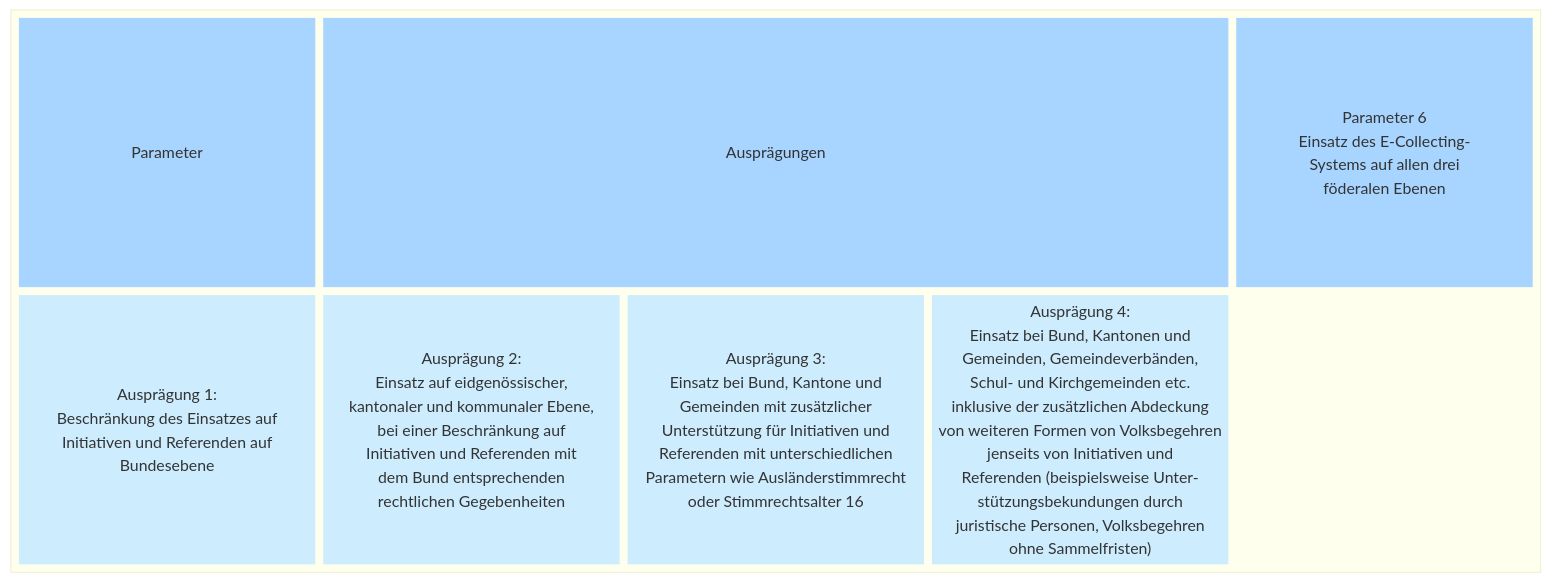
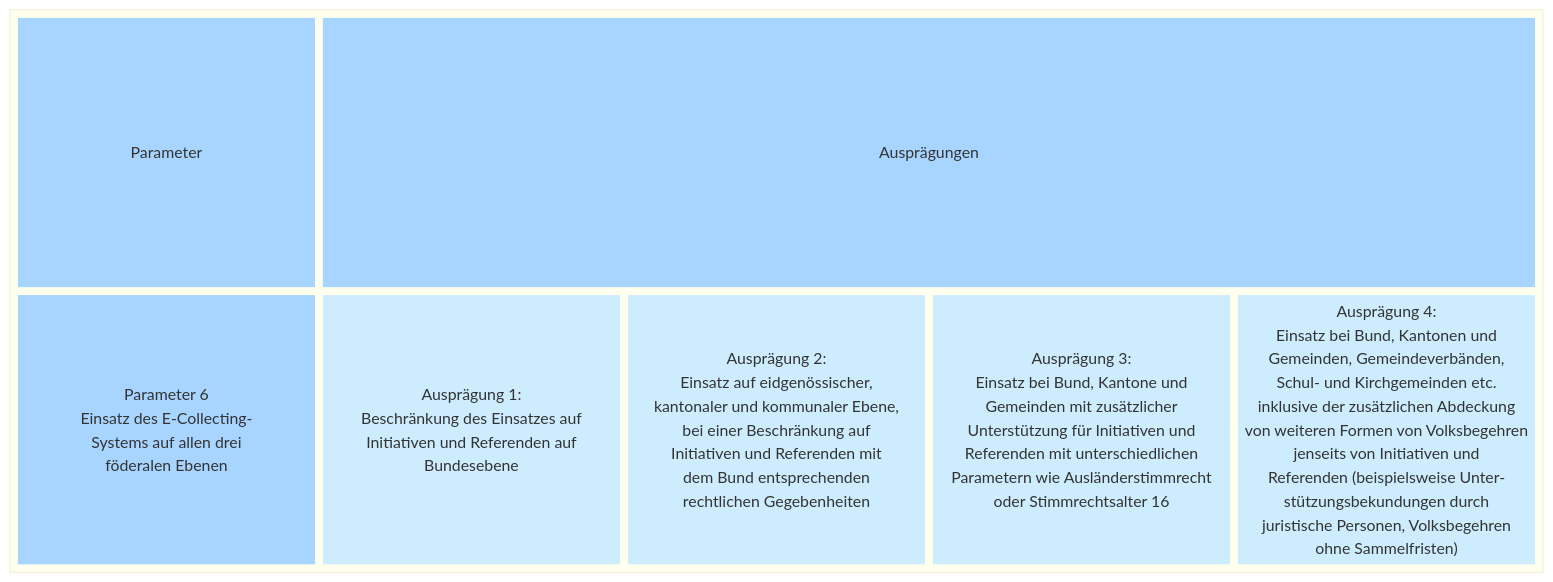
Before and after one commit to swiss/e-collecting: the diagram in docs/morphological-box/parameter-6.md, drawn with Mermaid.

Commit message:
docs: fix mermaid chart in parameter-6.md

````diff
--- a/docs/morphological-box/parameter-6.md
+++ b/docs/morphological-box/parameter-6.md
@@ -19,48 +19,48 @@
 ```mermaid
 block
   block
     columns 5
     t1["Parameter"]
-    t2["Ausprägungen"]:3
+    t2["Ausprägungen"]:4
     d["Parameter 6
       Einsatz des E-Collecting-
       Systems auf allen drei 
       föderalen Ebenen"]
     a1["Ausprägung 1:
       Beschränkung des Einsatzes auf
       Initiativen und Referenden auf 
       Bundesebene"]
     a2["Ausprägung 2:
       Einsatz auf eidgenössischer,
       kantonaler und kommunaler Ebene, 
       bei einer Beschränkung auf
       Initiativen und Referenden mit 
       dem Bund entsprechenden 
       rechtlichen Gegebenheiten"]
     a3["Ausprägung 3:
       Einsatz bei Bund, Kantone und 
       Gemeinden mit zusätzlicher 
       Unterstützung für Initiativen und 
       Referenden mit unterschiedlichen 
       Parametern wie Ausländerstimmrecht
       oder Stimmrechtsalter 16"]
     a4["Ausprägung 4:
       Einsatz bei Bund, Kantonen und 
       Gemeinden, Gemeindeverbänden, 
       Schul- und Kirchgemeinden etc. 
       inklusive der zusätzlichen Abdeckung 
       von weiteren Formen von Volksbegehren 
       jenseits von Initiativen und 
       Referenden (beispielsweise Unter-
       stützungsbekundungen durch 
       juristische Personen, Volksbegehren 
       ohne Sammelfristen)"]
     style t1 fill:#a8d5ff,stroke-width:0px
     style t2 fill:#a8d5ff,stroke-width:0px
     style d fill:#a8d5ff,stroke-width:0px,text-valign:top
     style a1 fill:#cdedff,stroke-width:0px
     style a2 fill:#cdedff,stroke-width:0px
     style a3 fill:#cdedff,stroke-width:0px
     style a4 fill:#cdedff,stroke-width:0px
   end
 ```
````
